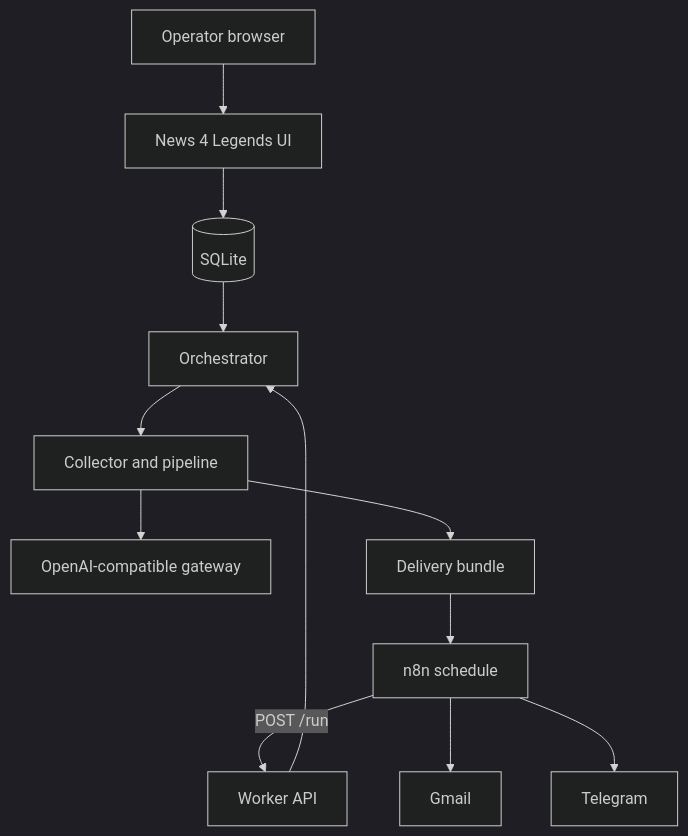
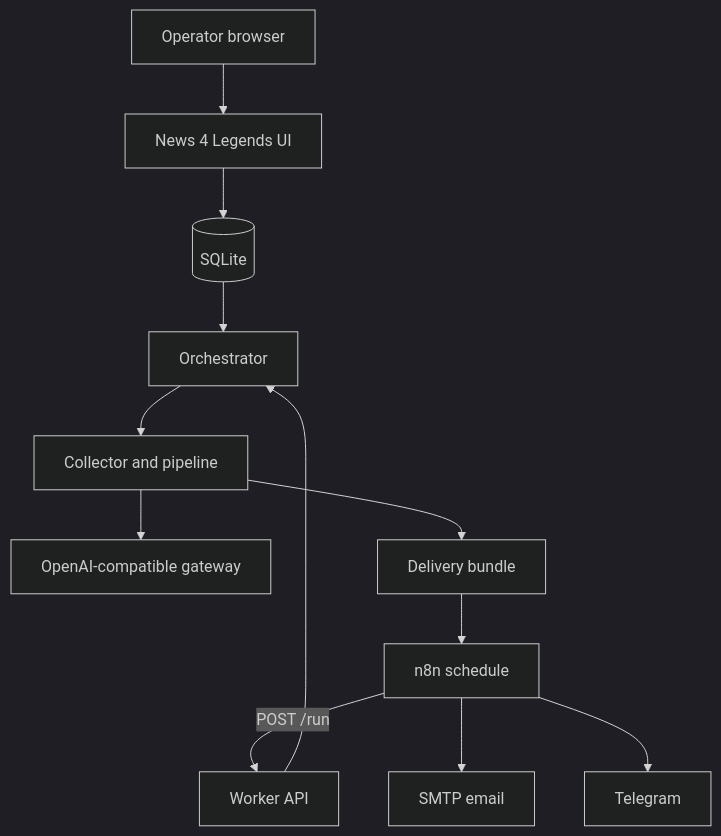
Before and after one commit to vbian88/news4legends: the first of 6 diagrams in docs/ARCHITECTURE.md, drawn with Mermaid (dark theme). The commit also changed other lines of this file and 17 other files, not shown here.

````diff
--- a/docs/ARCHITECTURE.md
+++ b/docs/ARCHITECTURE.md
@@ -7,14 +7,14 @@
 ```mermaid
 flowchart TD
     U["Operator browser"] --> UI["News 4 Legends UI"]
     UI --> DB[("SQLite")]
     N["n8n schedule"] -->|"POST /run"| API["Worker API"]
     API --> O["Orchestrator"]
     DB --> O
     O --> P["Collector and pipeline"]
     P --> G["OpenAI-compatible gateway"]
     P --> B["Delivery bundle"]
     B --> N
-    N --> M["Gmail"]
+    N --> M["SMTP email"]
     N --> T["Telegram"]
 ```
````
